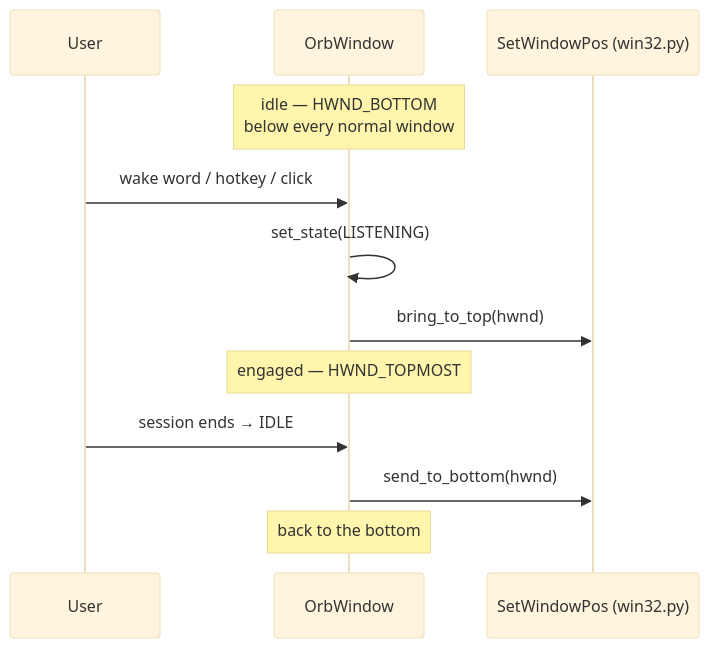
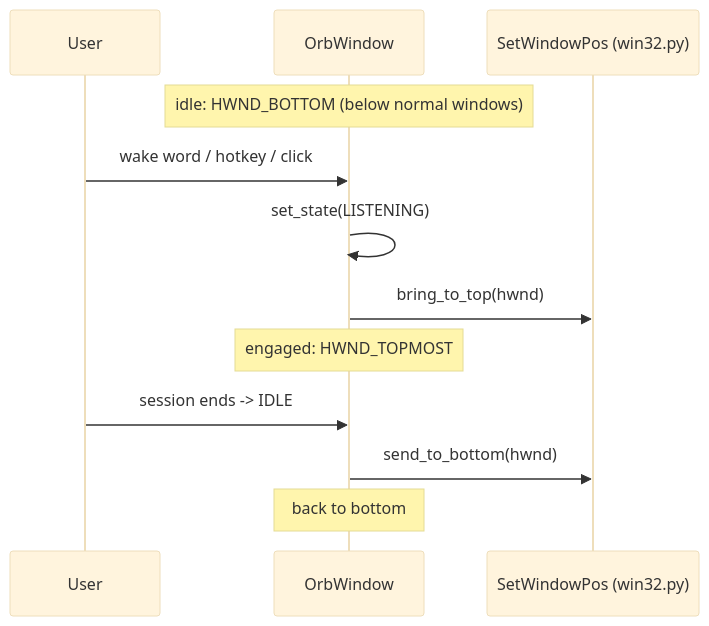
One commit to sametgurtuna/SAM changed the seventh of 10 diagrams in docs/ARCHITECTURE.md. Above: the diagram before and after it, drawn with Mermaid (base theme). The commit also changed other lines of this file and 21 other files, not shown here.

````diff
--- a/docs/ARCHITECTURE.md
+++ b/docs/ARCHITECTURE.md
@@ -225,15 +208,15 @@
 ```mermaid
 sequenceDiagram
-    participant U as User
+    participant User
     participant Orb as OrbWindow
     participant Win as SetWindowPos (win32.py)
 
-    Note over Orb: idle — HWND_BOTTOM<br/>below every normal window
-    U->>Orb: wake word / hotkey / click
+    Note over Orb: idle: HWND_BOTTOM (below normal windows)
+    User->>Orb: wake word / hotkey / click
     Orb->>Orb: set_state(LISTENING)
     Orb->>Win: bring_to_top(hwnd)
-    Note over Orb: engaged — HWND_TOPMOST
-    U->>Orb: session ends → IDLE
+    Note over Orb: engaged: HWND_TOPMOST
+    User->>Orb: session ends -> IDLE
     Orb->>Win: send_to_bottom(hwnd)
-    Note over Orb: back to the bottom
+    Note over Orb: back to bottom
 ```
````
